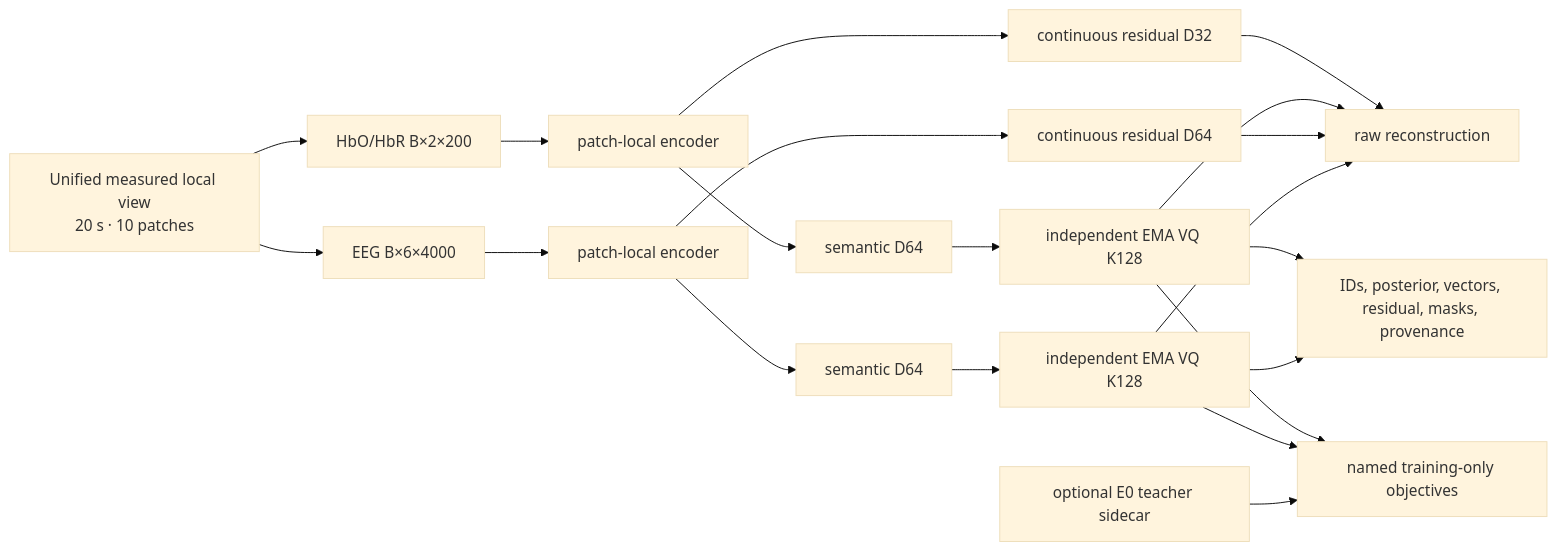
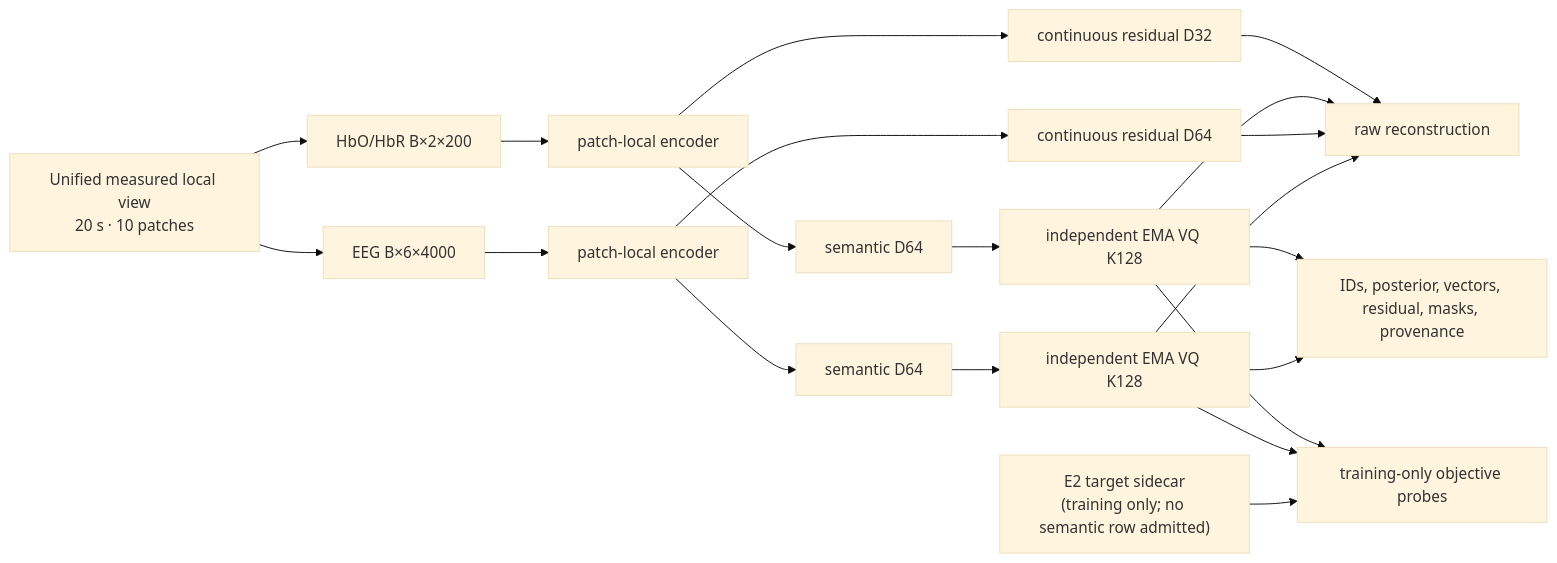
The diagram in docs/ARCHITECTURE.md (Kevin65536/PID-MCM), drawn with Mermaid (base theme) before and after one commit. The commit also changed other lines of this file and 56 other files, not shown here.

````diff
--- a/docs/ARCHITECTURE.md
+++ b/docs/ARCHITECTURE.md
@@ -31,21 +37,21 @@
 ```mermaid
 flowchart LR
     loader["Unified measured local view<br/>20 s · 10 patches"]
     eeg["EEG B×6×4000"] --> ep["patch-local encoder"]
     fnirs["HbO/HbR B×2×200"] --> fp["patch-local encoder"]
     loader --> eeg
     loader --> fnirs
     ep --> es["semantic D64"] --> eq["independent EMA VQ K128"]
     ep --> er["continuous residual D64"]
     fp --> fs["semantic D64"] --> fq["independent EMA VQ K128"]
     fp --> fr["continuous residual D32"]
     eq --> recon["raw reconstruction"]
     er --> recon
     fq --> recon
     fr --> recon
-    sidecar["optional E0 teacher sidecar"] --> routed["named training-only objectives"]
+    sidecar["E2 target sidecar<br/>(training only; no semantic row admitted)"] --> routed["training-only objective probes"]
     eq --> routed
     fq --> routed
     eq --> export["IDs, posterior, vectors, residual, masks, provenance"]
     fq --> export
 ```
````
